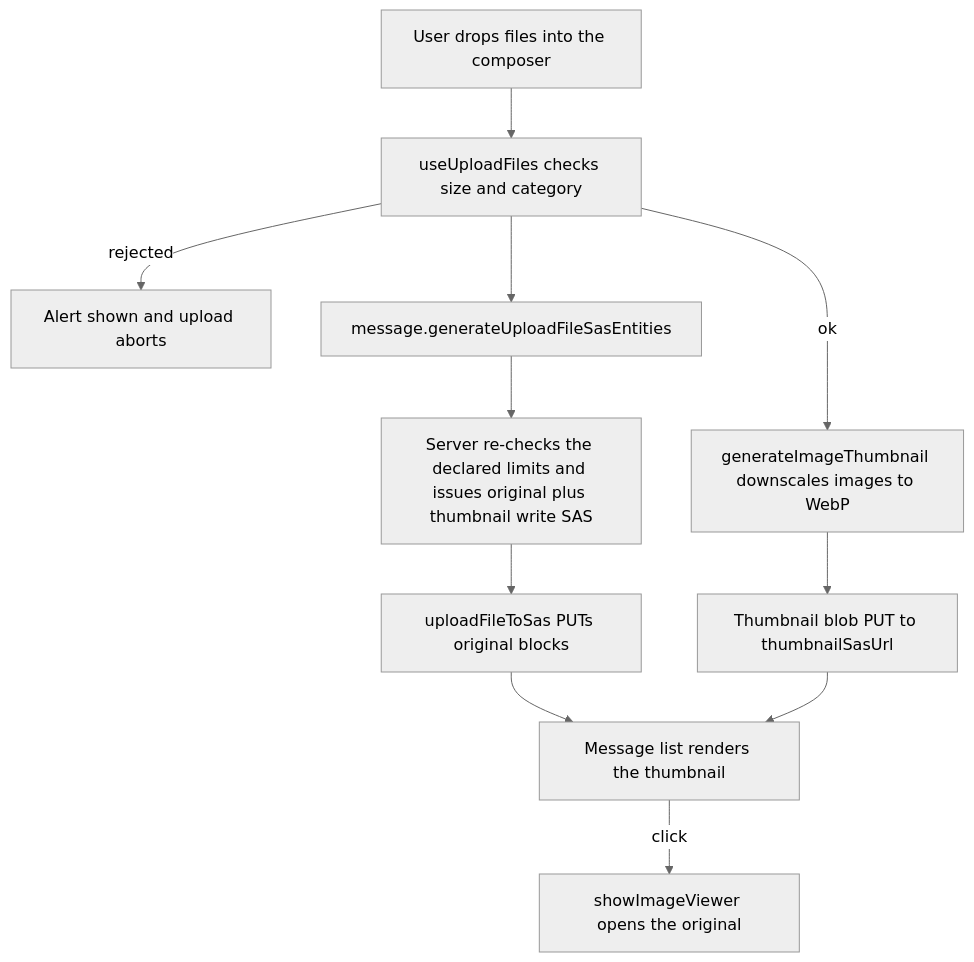
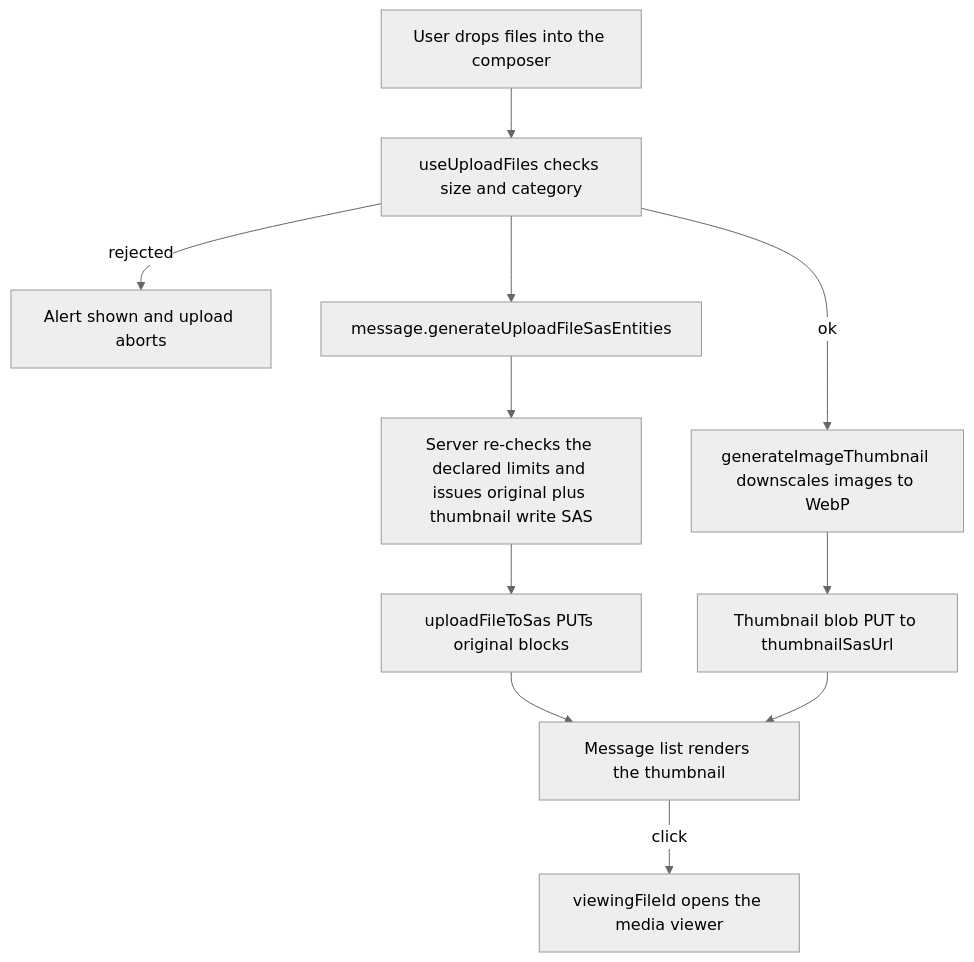
One commit to Esposter/Esposter changed the diagram in packages/app/content/docs/esbabbler/file-media.md. Above: the diagram before and after it, drawn with Mermaid (neutral theme). The commit also changed other lines of this file and 15 other files, not shown here.

````diff
--- a/packages/app/content/docs/esbabbler/file-media.md
+++ b/packages/app/content/docs/esbabbler/file-media.md
@@ -27,13 +27,13 @@
 ```mermaid
 flowchart TD
   drop[User drops files into the composer] --> validate[useUploadFiles checks size and category]
   validate -->|rejected| alert[Alert shown and upload aborts]
   validate -->|ok| thumb[generateImageThumbnail downscales images to WebP]
   validate --> sas[message.generateUploadFileSasEntities]
   sas --> enforce[Server re-checks the declared limits and issues original plus thumbnail write SAS]
   enforce --> upload[uploadFileToSas PUTs original blocks]
   thumb --> upthumb[Thumbnail blob PUT to thumbnailSasUrl]
   upload --> render[Message list renders the thumbnail]
   upthumb --> render
-  render -->|click| lightbox[showImageViewer opens the original]
+  render -->|click| viewer["viewingFileId opens the media viewer"]
 ```
````
